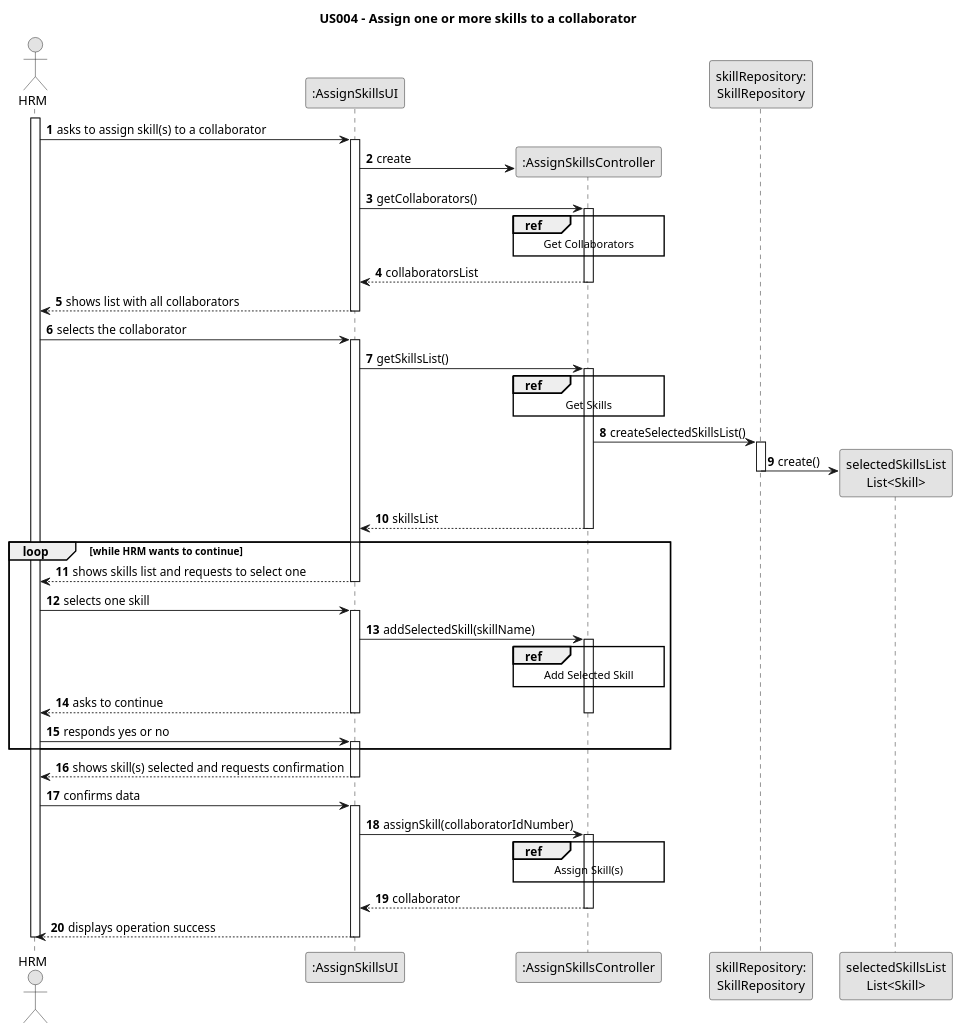
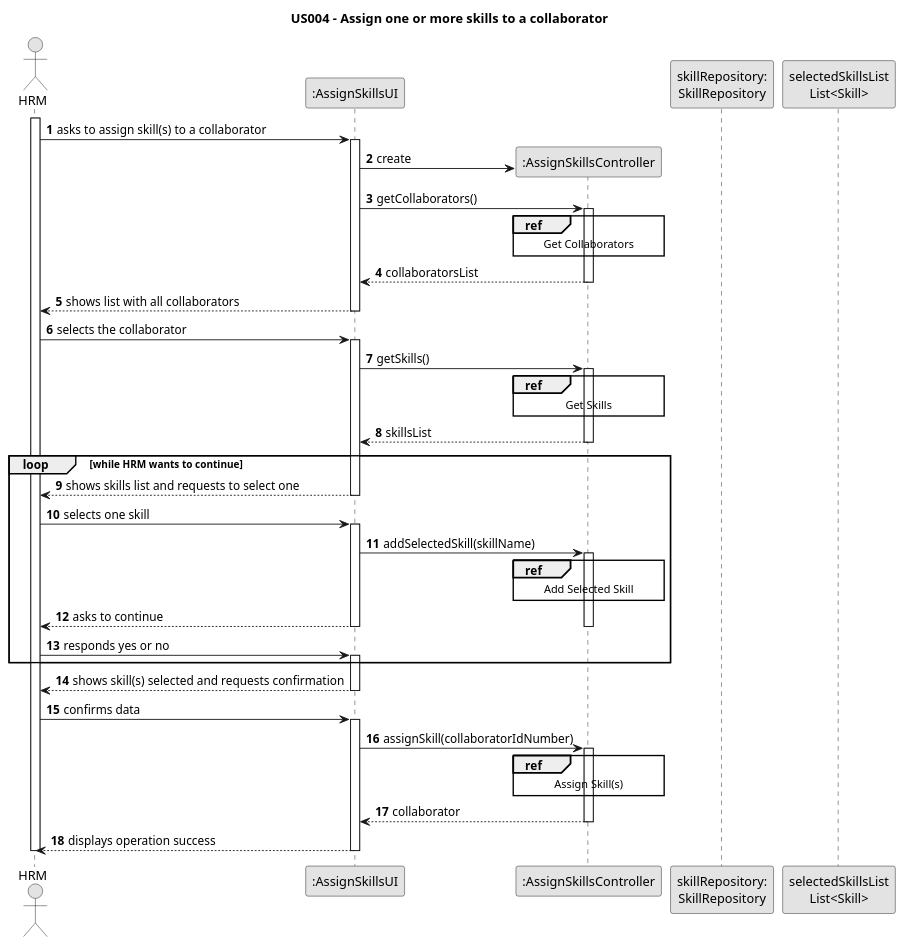
One commit to Departamento-de-Engenharia-Informatica/lei-24-s2-1dm-g132 changed the diagram in docs/sprintC/us004/03.design/puml/us004-sequence-diagram-split.puml. Above: the diagram before and after it, drawn with PlantUML. The commit also changed 11 other files, not shown here.

```diff
--- a/docs/sprintC/us004/03.design/puml/us004-sequence-diagram-split.puml
+++ b/docs/sprintC/us004/03.design/puml/us004-sequence-diagram-split.puml
@@ -1,101 +1,95 @@
 @startuml
 skinparam monochrome true
 skinparam packageStyle rectangle
 skinparam shadowing false
 
 title US004 - Assign one or more skills to a collaborator
 
 autonumber
 
 actor "HRM" as Employee
 participant ":AssignSkillsUI" as UI
 participant ":AssignSkillsController" as CTRL
 participant "skillRepository:\nSkillRepository" as SkillRepository
 participant "selectedSkillsList\nList<Skill>" as selectedSkillsList
 
 activate Employee
 
     Employee -> UI : asks to assign skill(s) to a collaborator
     activate UI
 
     UI -> CTRL** : create
 
                 UI -> CTRL : getCollaborators()
                 activate CTRL
 
                     ref over CTRL
                         Get Collaborators
                     end
 
                     CTRL --> UI : collaboratorsList
                 deactivate CTRL
 
     UI --> Employee : shows list with all collaborators
     deactivate UI
 
     Employee -> UI : selects the collaborator
     activate UI
 
-        UI -> CTRL : getSkillsList()
+        UI -> CTRL : getSkills()
         activate CTRL
 
             ref over CTRL
                 Get Skills
             end
-
-            CTRL -> SkillRepository : createSelectedSkillsList()
-            activate SkillRepository
-
-                SkillRepository -> selectedSkillsList** : create()
-            deactivate SkillRepository
 
             CTRL --> UI : skillsList
         deactivate CTRL
 
     loop while HRM wants to continue
     UI --> Employee : shows skills list and requests to select one
     deactivate UI
 
     Employee -> UI : selects one skill
     activate UI
 
     UI -> CTRL : addSelectedSkill(skillName)
     activate CTRL
 
         ref over CTRL
           Add Selected Skill
         end
 
     UI --> Employee : asks to continue
 
     deactivate CTRL
 
     deactivate UI
 
     Employee -> UI : responds yes or no
     activate UI
     end
 
     UI --> Employee : shows skill(s) selected and requests confirmation
 
     deactivate UI
 
     Employee -> UI : confirms data
     activate UI
 
     UI -> CTRL : assignSkill(collaboratorIdNumber)
     activate CTRL
 
     ref over CTRL
         Assign Skill(s)
     end
 
     CTRL --> UI : collaborator
 
     deactivate CTRL
 
     UI --> Employee : displays operation success
     deactivate UI
 
 deactivate Employee
 @enduml
```
